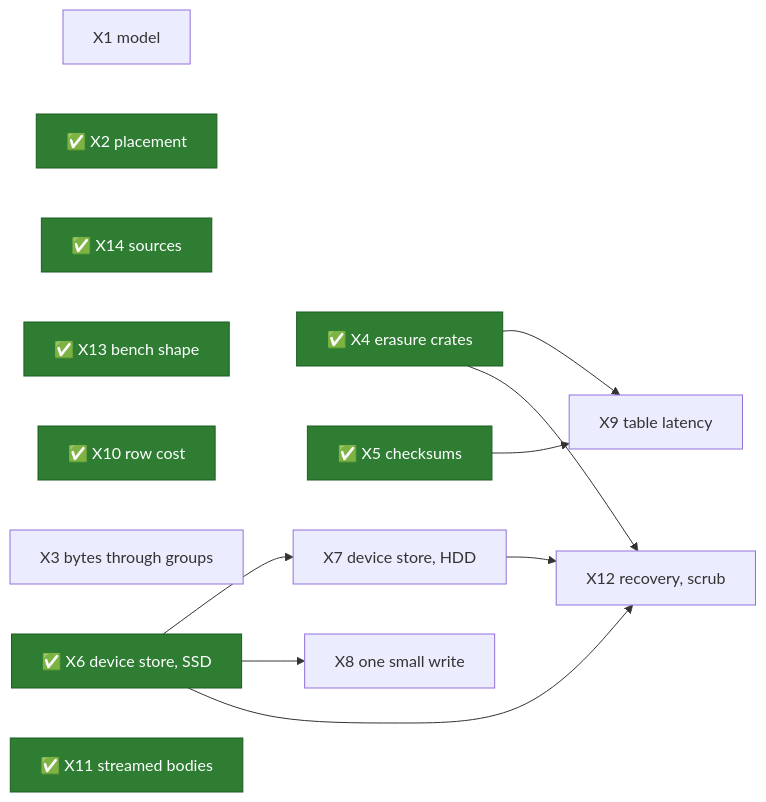
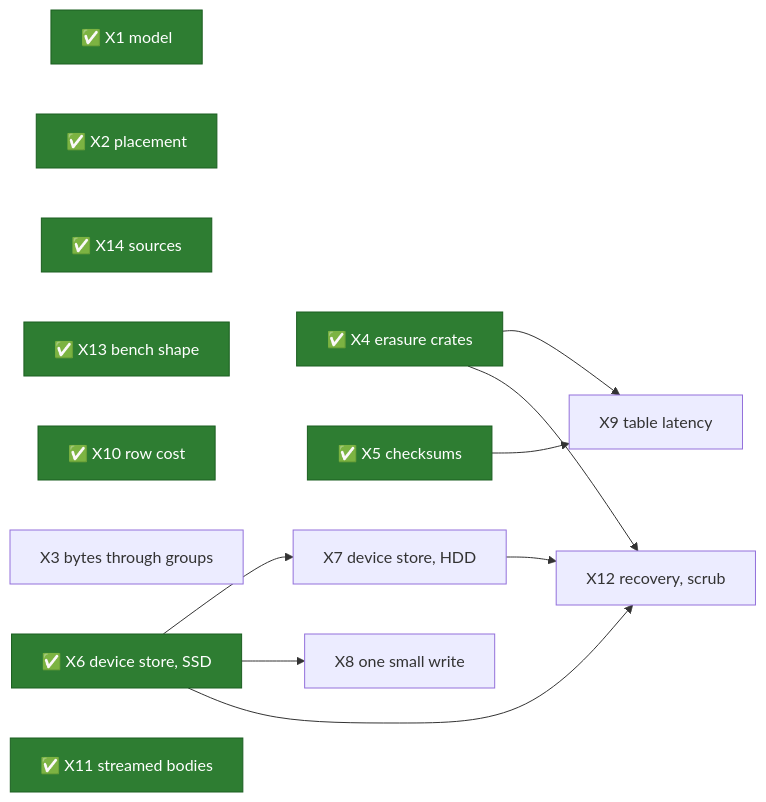
One commit to mjcarson/shoal changed the diagram in docs/src/object-storage/spikes.md. Above: the diagram before and after it, drawn with Mermaid. The commit also changed other lines of this file and 73 other files, not shown here.

````diff
--- a/docs/src/object-storage/spikes.md
+++ b/docs/src/object-storage/spikes.md
@@ -767,25 +792,25 @@
 ```mermaid
 flowchart LR
     classDef done fill:#2e7d32,stroke:#1b5e20,color:#ffffff
-    X1["X1 model"]
+    X1["✅ X1 model"]:::done
     X2["✅ X2 placement"]:::done
     X14["✅ X14 sources"]:::done
     X13["✅ X13 bench shape"]:::done
     X10["✅ X10 row cost"]:::done
     X3["X3 bytes through groups"]
     X4["✅ X4 erasure crates"]:::done
     X5["✅ X5 checksums"]:::done
     X6["✅ X6 device store, SSD"]:::done
     X7["X7 device store, HDD"]
     X8["X8 one small write"]
     X9["X9 table latency"]
     X11["✅ X11 streamed bodies"]:::done
     X12["X12 recovery, scrub"]
     X4 --> X9
     X5 --> X9
     X6 --> X7
     X6 --> X8
     X4 --> X12
     X6 --> X12
     X7 --> X12
 ```
````
